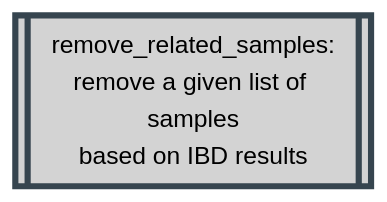
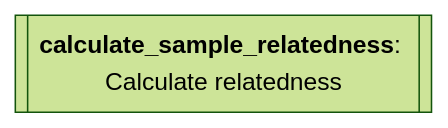
Before and after one commit to Tuks-ICMM/Pharmacogenetic-Analysis-Pipeline: diagram 13 of 30 in docs/02-workflow/02-methodology.md, drawn with Mermaid (forest theme). The commit also changed other lines of this file, not shown here.

````diff
--- a/docs/02-workflow/02-methodology.md
+++ b/docs/02-workflow/02-methodology.md
@@ -859,9 +607,7 @@
   ```mermaid
   flowchart TD
+    calculate_sample_relatedness[[<b>calculate_sample_relatedness</b>: <br>Calculate relatedness]]
+
     classDef plink stroke:#36454F,fill:#D3D3D3,stroke-width:4px,color:black;
-
-    remove_related_samples[[remove_related_samples:
-remove a given list of samples
-based on IBD results]]
     class remove_related_samples plink;
   ```
````
